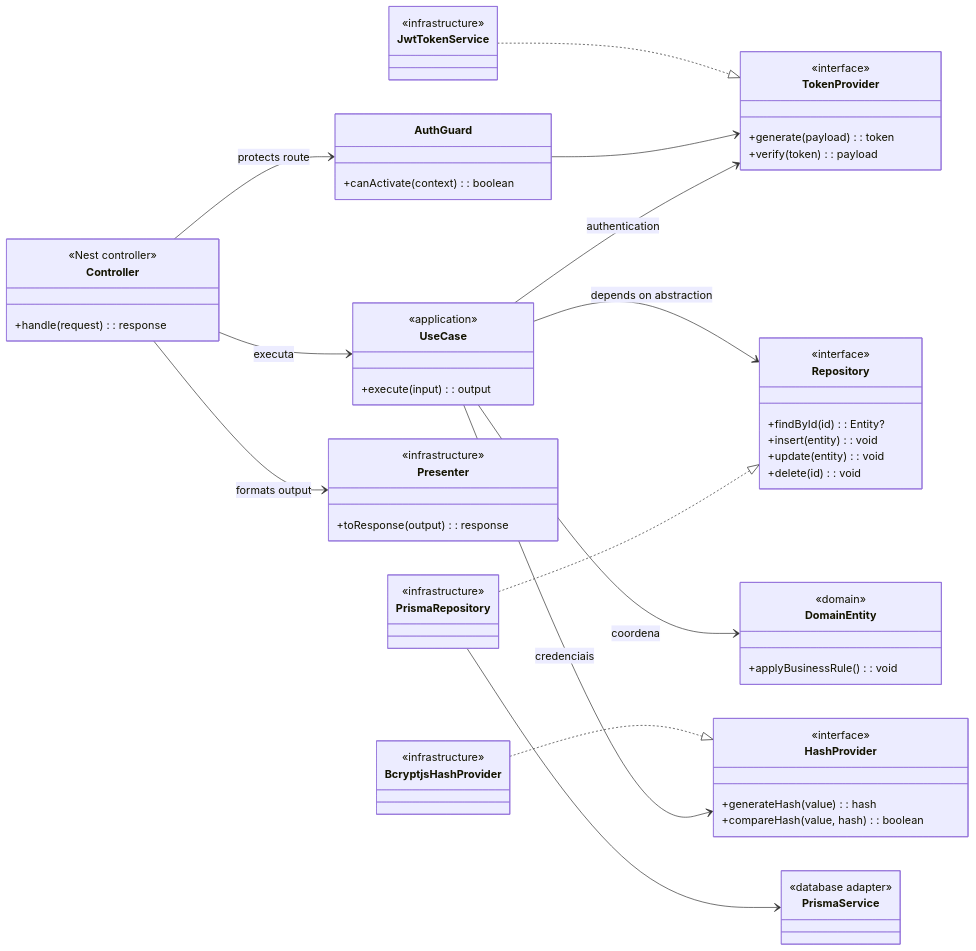
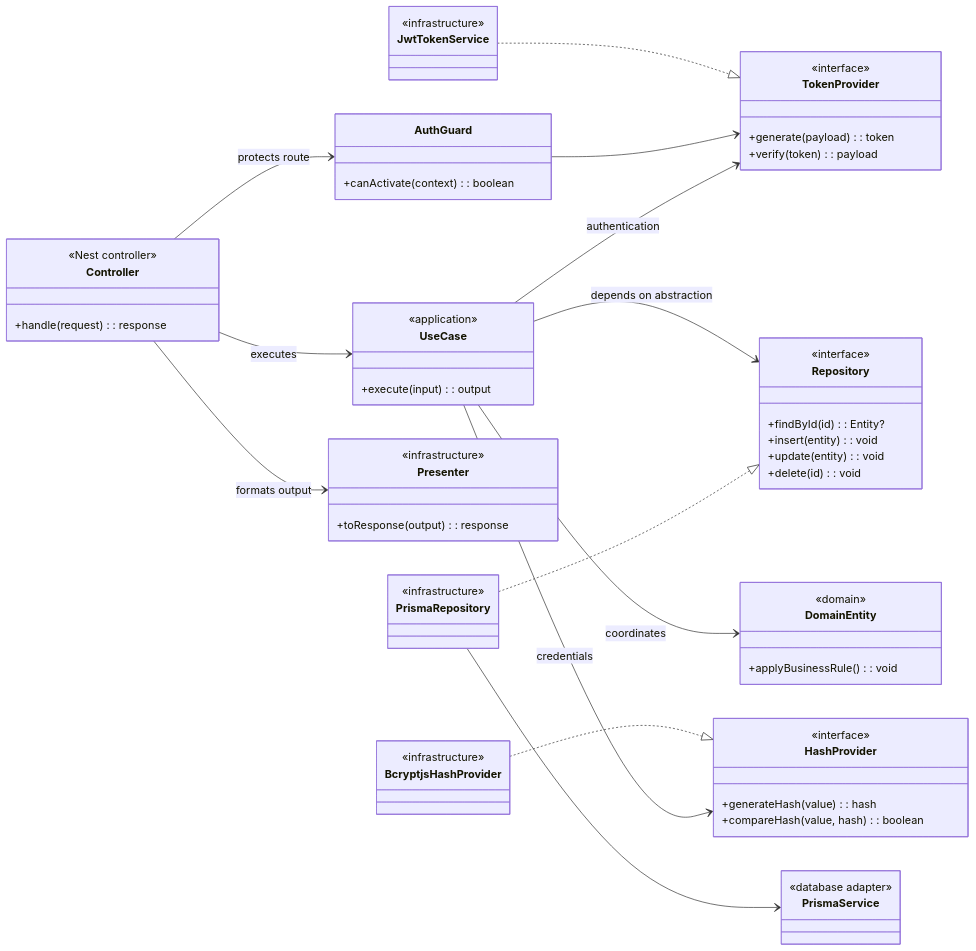
The second of 2 diagrams in docs/diagrams/classes.md (Lucalopezz/DevLog), drawn with Mermaid before and after one commit. The commit also changed other lines of this file and 68 other files, not shown here.

````diff
--- a/docs/diagrams/classes.md
+++ b/docs/diagrams/classes.md
@@ -210,66 +210,66 @@
 ```mermaid
 classDiagram
 direction LR
 
 class AuthGuard {
   +canActivate(context): boolean
 }
 class Controller {
   <<Nest controller>>
   +handle(request): response
 }
 class UseCase {
   <<application>>
   +execute(input): output
 }
 class DomainEntity {
   <<domain>>
   +applyBusinessRule(): void
 }
 class Repository {
   <<interface>>
   +findById(id): Entity?
   +insert(entity): void
   +update(entity): void
   +delete(id): void
 }
 class PrismaRepository {
   <<infrastructure>>
 }
 class PrismaService {
   <<database adapter>>
 }
 class Presenter {
   <<infrastructure>>
   +toResponse(output): response
 }
 class TokenProvider {
   <<interface>>
   +generate(payload): token
   +verify(token): payload
 }
 class JwtTokenService {
   <<infrastructure>>
 }
 class HashProvider {
   <<interface>>
   +generateHash(value): hash
   +compareHash(value, hash): boolean
 }
 class BcryptjsHashProvider {
   <<infrastructure>>
 }
 
 Controller --> AuthGuard : protects route
-Controller --> UseCase : executa
+Controller --> UseCase : executes
 Controller --> Presenter : formats output
 UseCase --> Repository : depends on abstraction
-UseCase --> DomainEntity : coordena
+UseCase --> DomainEntity : coordinates
 PrismaRepository ..|> Repository
 PrismaRepository --> PrismaService
 JwtTokenService ..|> TokenProvider
 BcryptjsHashProvider ..|> HashProvider
 AuthGuard --> TokenProvider
 UseCase --> TokenProvider : authentication
-UseCase --> HashProvider : credenciais
+UseCase --> HashProvider : credentials
 ```
````
